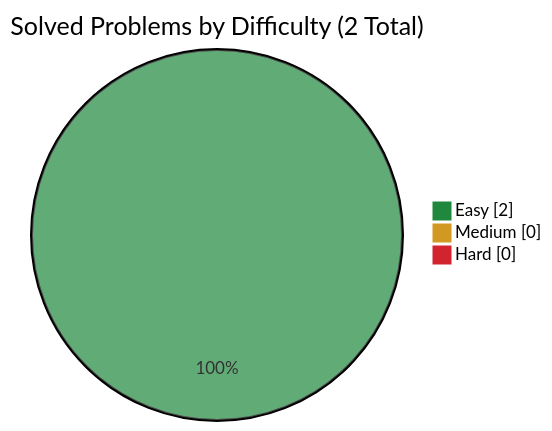
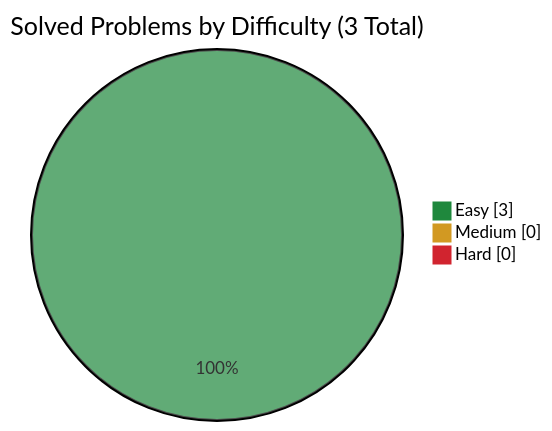
Before and after one commit to simonesiega/leetcode-solutions: the diagram in companies/amazon/README.md, drawn with Mermaid. The commit also changed other lines of this file and 4 other files, not shown here.

````diff
--- a/companies/amazon/README.md
+++ b/companies/amazon/README.md
@@ -17,8 +17,8 @@
 ```mermaid
 %%{init: {"themeVariables": {"pie1": "#1f883d", "pie2": "#d29922", "pie3": "#d1242f"}}}%%
 pie showData
-    title Solved Problems by Difficulty (2 Total)
-    "Easy" : 2
+    title Solved Problems by Difficulty (3 Total)
+    "Easy" : 3
     "Medium" : 0
     "Hard" : 0
 ```
````
